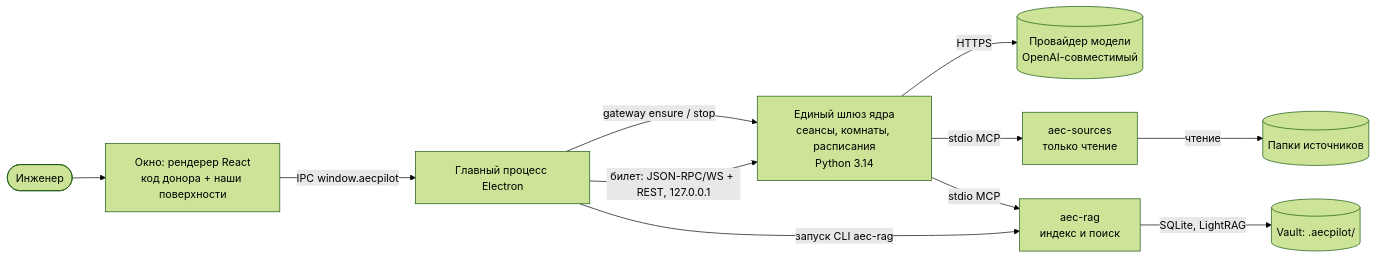
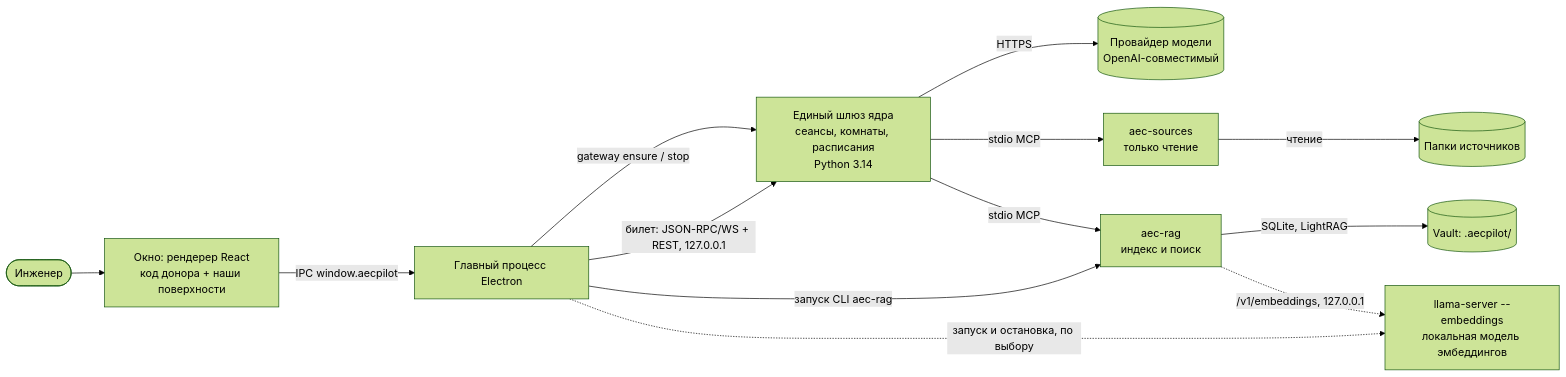
Before and after one commit to EvgenVer/AECPilot: the first of 2 diagrams in docs/ARCHITECTURE.md, drawn with Mermaid (forest theme). The commit also changed other lines of this file and 19 other files, not shown here.

First line of the commit message:
feat(rag): T83 local embedding model in the app - download, managed llama-server, index on it

````diff
--- a/docs/ARCHITECTURE.md
+++ b/docs/ARCHITECTURE.md
@@ -33,13 +33,15 @@
 ```mermaid
 flowchart LR
   user([Инженер]) --> win[Окно: рендерер React<br/>код донора + наши поверхности]
   win -->|IPC window.aecpilot| main[Главный процесс Electron]
   main -->|gateway ensure / stop| core
   main -->|билет: JSON-RPC/WS + REST, 127.0.0.1| core[Единый шлюз ядра<br/>сеансы, комнаты, расписания<br/>Python 3.14]
   core -->|HTTPS| llm[(Провайдер модели<br/>OpenAI-совместимый)]
   core -->|stdio MCP| src[aec-sources<br/>только чтение]
   core -->|stdio MCP| rag[aec-rag<br/>индекс и поиск]
   src -->|чтение| folders[(Папки источников)]
   rag -->|SQLite, LightRAG| vault[(Vault: .aecpilot/)]
   main -->|запуск CLI aec-rag| rag
+  main -.->|запуск и остановка, по выбору| embed[llama-server --embeddings<br/>локальная модель эмбеддингов]
+  rag -.->|/v1/embeddings, 127.0.0.1| embed
 ```
````
